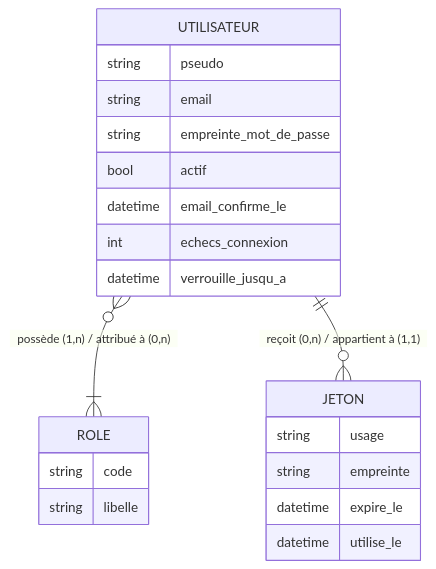
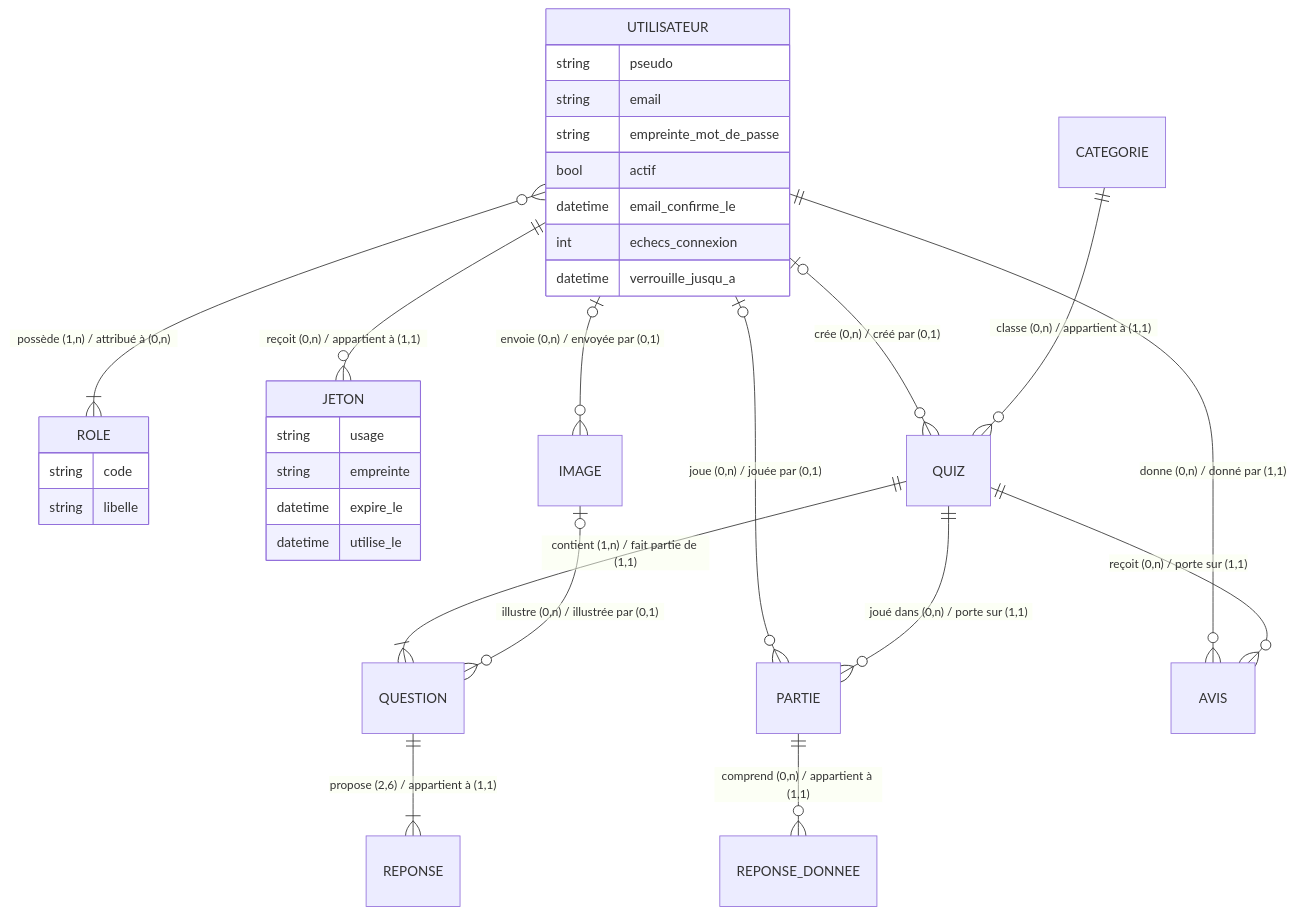
One commit to Fr0gzilla/CyberHoot changed the first of 4 diagrams in docs/modele/README.md. Above: the diagram before and after it, drawn with Mermaid. The commit also changed other lines of this file and 60 other files, not shown here.

````diff
--- a/docs/modele/README.md
+++ b/docs/modele/README.md
@@ -52,24 +82,35 @@
 ```mermaid
 erDiagram
     UTILISATEUR }o--|{ ROLE : "possède (1,n) / attribué à (0,n)"
     UTILISATEUR ||--o{ JETON : "reçoit (0,n) / appartient à (1,1)"
+    UTILISATEUR |o--o{ QUIZ : "crée (0,n) / créé par (0,1)"
+    CATEGORIE ||--o{ QUIZ : "classe (0,n) / appartient à (1,1)"
+    QUIZ ||--|{ QUESTION : "contient (1,n) / fait partie de (1,1)"
+    QUESTION ||--|{ REPONSE : "propose (2,6) / appartient à (1,1)"
+    IMAGE |o--o{ QUESTION : "illustre (0,n) / illustrée par (0,1)"
+    UTILISATEUR |o--o{ IMAGE : "envoie (0,n) / envoyée par (0,1)"
+    UTILISATEUR |o--o{ PARTIE : "joue (0,n) / jouée par (0,1)"
+    QUIZ ||--o{ PARTIE : "joué dans (0,n) / porte sur (1,1)"
+    PARTIE ||--o{ REPONSE_DONNEE : "comprend (0,n) / appartient à (1,1)"
+    UTILISATEUR ||--o{ AVIS : "donne (0,n) / donné par (1,1)"
+    QUIZ ||--o{ AVIS : "reçoit (0,n) / porte sur (1,1)"
     UTILISATEUR {
         string pseudo
         string email
         string empreinte_mot_de_passe
         bool actif
         datetime email_confirme_le
         int echecs_connexion
         datetime verrouille_jusqu_a
     }
     ROLE {
         string code
         string libelle
     }
     JETON {
         string usage
         string empreinte
         datetime expire_le
         datetime utilise_le
     }
 ```
````
